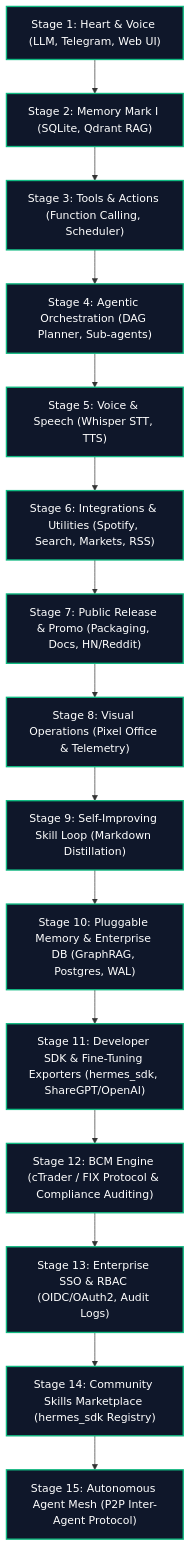
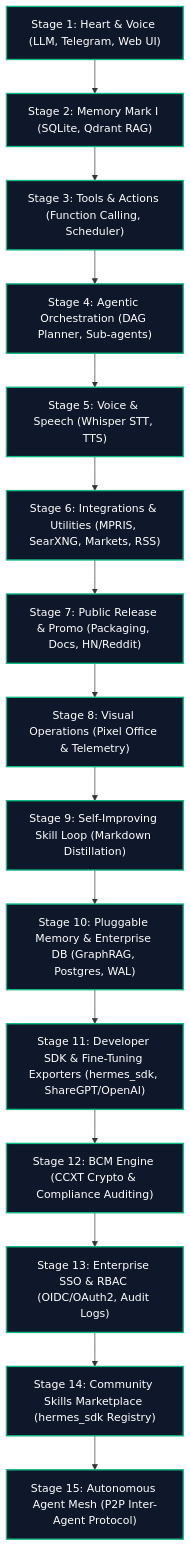
The first of 2 diagrams in ROADMAP.md (pauloberezini/hermes-synapse), drawn with Mermaid before and after one commit. The commit also changed other lines of this file and 60 other files, not shown here.

First line of the commit message:
refactor(core): migrate to OSS standard architecture and english localization (#35)

````diff
--- a/ROADMAP.md
+++ b/ROADMAP.md
@@ -11,33 +11,33 @@
 ```mermaid
 graph TD
     Stage1["Stage 1: Heart & Voice (LLM, Telegram, Web UI)"] --> Stage2["Stage 2: Memory Mark I (SQLite, Qdrant RAG)"]
     Stage2 --> Stage3["Stage 3: Tools & Actions (Function Calling, Scheduler)"]
     Stage3 --> Stage4["Stage 4: Agentic Orchestration (DAG Planner, Sub-agents)"]
     Stage4 --> Stage5["Stage 5: Voice & Speech (Whisper STT, TTS)"]
-    Stage5 --> Stage6["Stage 6: Integrations & Utilities (Spotify, Search, Markets, RSS)"]
+    Stage5 --> Stage6["Stage 6: Integrations & Utilities (MPRIS, SearXNG, Markets, RSS)"]
     Stage6 --> Stage7["Stage 7: Public Release & Promo (Packaging, Docs, HN/Reddit)"]
     Stage7 --> Stage8["Stage 8: Visual Operations (Pixel Office & Telemetry)"]
     Stage8 --> Stage9["Stage 9: Self-Improving Skill Loop (Markdown Distillation)"]
     Stage9 --> Stage10["Stage 10: Pluggable Memory & Enterprise DB (GraphRAG, Postgres, WAL)"]
     Stage10 --> Stage11["Stage 11: Developer SDK & Fine-Tuning Exporters (hermes_sdk, ShareGPT/OpenAI)"]
-    Stage11 --> Stage12["Stage 12: BCM Engine (cTrader / FIX Protocol & Compliance Auditing)"]
+    Stage11 --> Stage12["Stage 12: BCM Engine (CCXT Crypto & Compliance Auditing)"]
     Stage12 --> Stage13["Stage 13: Enterprise SSO & RBAC (OIDC/OAuth2, Audit Logs)"]
     Stage13 --> Stage14["Stage 14: Community Skills Marketplace (hermes_sdk Registry)"]
     Stage14 --> Stage15["Stage 15: Autonomous Agent Mesh (P2P Inter-Agent Protocol)"]
     
     style Stage1 fill:#0f172a,stroke:#10b981,stroke-width:2px,color:#fff
     style Stage2 fill:#0f172a,stroke:#10b981,stroke-width:2px,color:#fff
     style Stage3 fill:#0f172a,stroke:#10b981,stroke-width:2px,color:#fff
     style Stage4 fill:#0f172a,stroke:#10b981,stroke-width:2px,color:#fff
     style Stage5 fill:#0f172a,stroke:#10b981,stroke-width:2px,color:#fff
     style Stage6 fill:#0f172a,stroke:#10b981,stroke-width:2px,color:#fff
     style Stage7 fill:#0f172a,stroke:#10b981,stroke-width:2px,color:#fff
     style Stage8 fill:#0f172a,stroke:#10b981,stroke-width:2px,color:#fff
     style Stage9 fill:#0f172a,stroke:#10b981,stroke-width:2px,color:#fff
     style Stage10 fill:#0f172a,stroke:#10b981,stroke-width:2px,color:#fff
     style Stage11 fill:#0f172a,stroke:#10b981,stroke-width:2px,color:#fff
     style Stage12 fill:#0f172a,stroke:#10b981,stroke-width:2px,color:#fff
     style Stage13 fill:#0f172a,stroke:#10b981,stroke-width:2px,color:#fff
     style Stage14 fill:#0f172a,stroke:#10b981,stroke-width:2px,color:#fff
     style Stage15 fill:#0f172a,stroke:#10b981,stroke-width:2px,color:#fff
 ```
````
